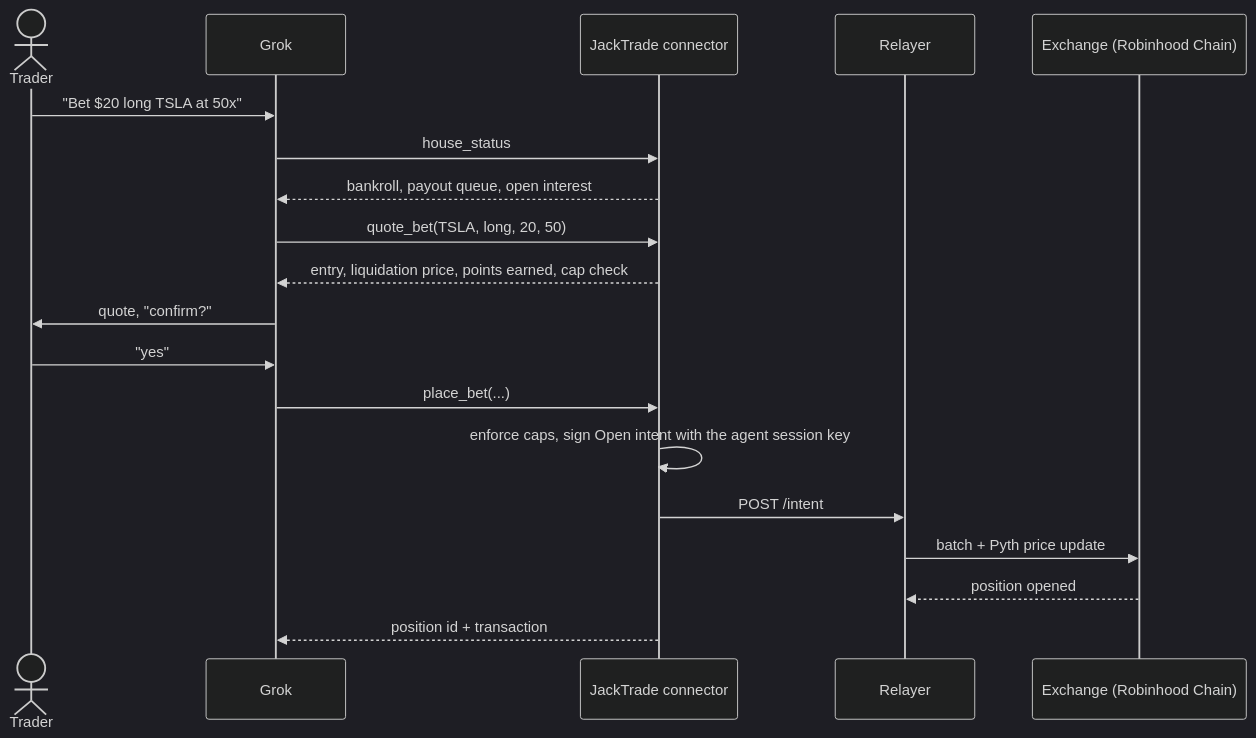
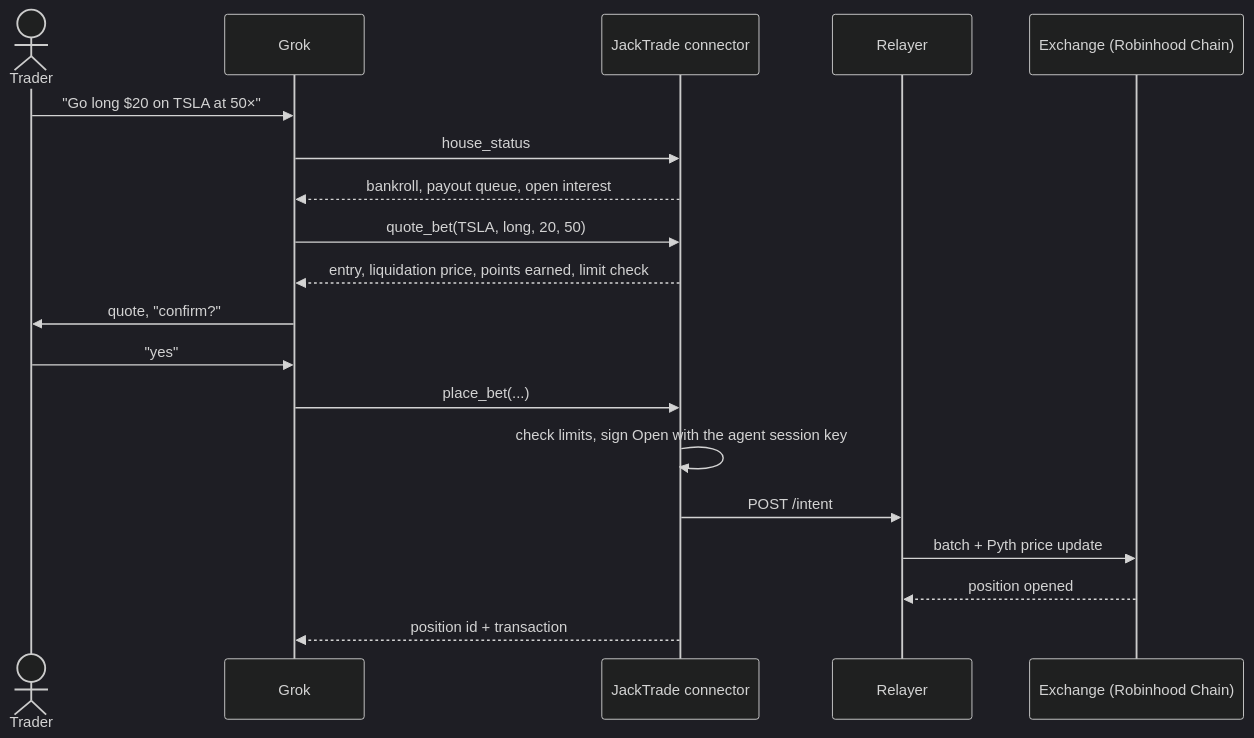
The second of 2 diagrams in README.md (0xYudhishthra/jacktrade), drawn with Mermaid (dark theme) before and after one commit. The commit also changed other lines of this file and 6 other files, not shown here.

````diff
--- a/README.md
+++ b/README.md
@@ -87,21 +106,21 @@
 ```mermaid
 sequenceDiagram
     actor T as Trader
     participant G as Grok
     participant C as JackTrade connector
     participant R as Relayer
     participant X as Exchange (Robinhood Chain)
-    T->>G: "Bet $20 long TSLA at 50x"
+    T->>G: "Go long $20 on TSLA at 50×"
     G->>C: house_status
     C-->>G: bankroll, payout queue, open interest
     G->>C: quote_bet(TSLA, long, 20, 50)
-    C-->>G: entry, liquidation price, points earned, cap check
+    C-->>G: entry, liquidation price, points earned, limit check
     G->>T: quote, "confirm?"
     T->>G: "yes"
     G->>C: place_bet(...)
-    C->>C: enforce caps, sign Open intent with the agent session key
+    C->>C: check limits, sign Open with the agent session key
     C->>R: POST /intent
     R->>X: batch + Pyth price update
     X-->>R: position opened
     C-->>G: position id + transaction
 ```
````
